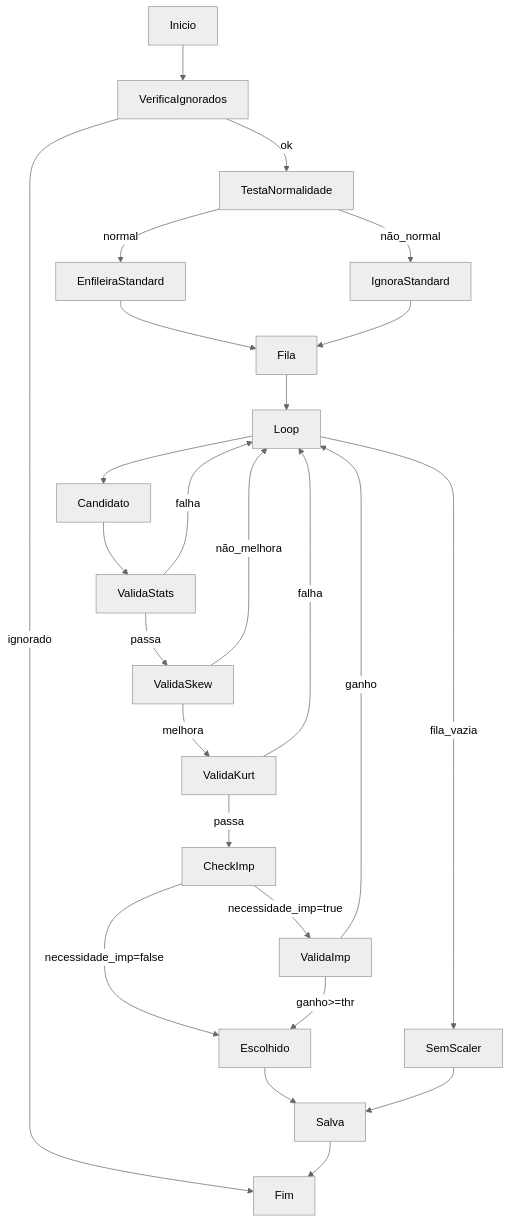
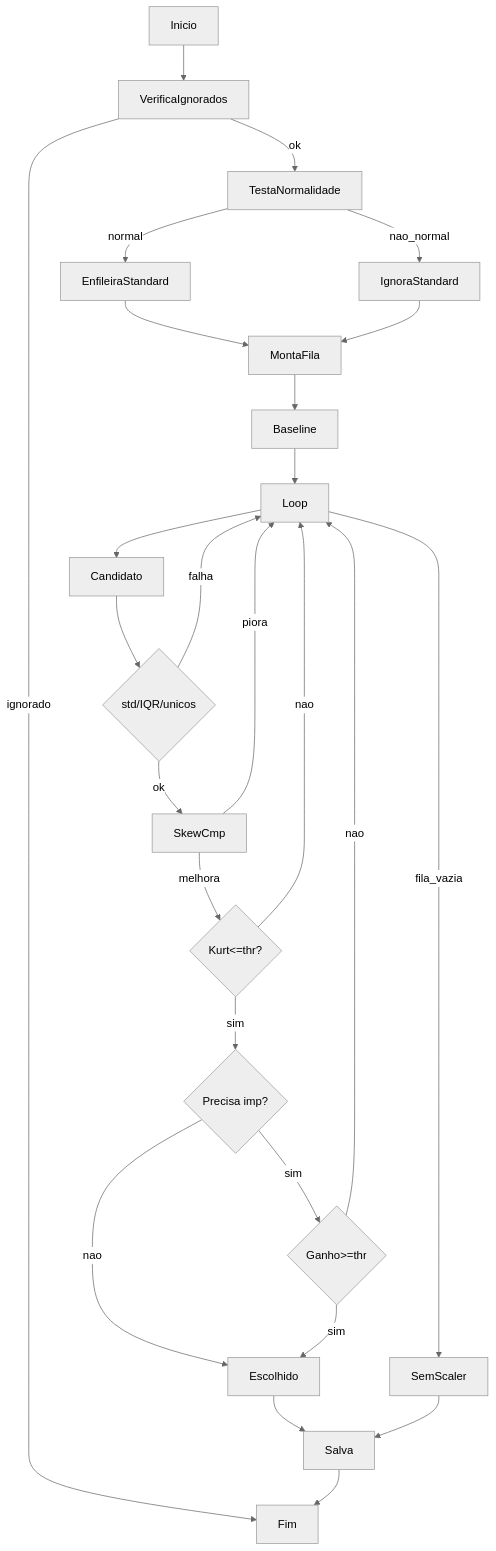
Before and after one commit to joaaomaia/DynamicScaler: the first of 2 diagrams in README.md, drawn with Mermaid (neutral theme). The commit also changed other lines of this file, not shown here.

````diff
--- a/README.md
+++ b/README.md
@@ -73,27 +81,28 @@
 ```mermaid
 flowchart TD
     Inicio --> VerificaIgnorados
     VerificaIgnorados -- ignorado --> Fim
     VerificaIgnorados -- ok --> TestaNormalidade
     TestaNormalidade -- normal --> EnfileiraStandard
-    TestaNormalidade -- não_normal --> IgnoraStandard
-    EnfileiraStandard --> Fila
-    IgnoraStandard --> Fila
-    Fila --> Loop
+    TestaNormalidade -- nao_normal --> IgnoraStandard
+    EnfileiraStandard --> MontaFila
+    IgnoraStandard --> MontaFila
+    MontaFila --> Baseline
+    Baseline --> Loop
     Loop --> Candidato
-    Candidato --> ValidaStats
-    ValidaStats -- falha --> Loop
-    ValidaStats -- passa --> ValidaSkew
-    ValidaSkew -- não_melhora --> Loop
-    ValidaSkew -- melhora --> ValidaKurt
-    ValidaKurt -- falha --> Loop
-    ValidaKurt -- passa --> CheckImp
-    CheckImp -- necessidade_imp=true --> ValidaImp
-    CheckImp -- necessidade_imp=false --> Escolhido
-    ValidaImp -- ganho>=thr --> Escolhido
-    ValidaImp -- ganho<thr --> Loop
+    Candidato --> ChecaStats{std/IQR/unicos}
+    ChecaStats -- falha --> Loop
+    ChecaStats -- ok --> SkewCmp
+    SkewCmp -- piora --> Loop
+    SkewCmp -- melhora --> KurtCmp{Kurt<=thr?}
+    KurtCmp -- nao --> Loop
+    KurtCmp -- sim --> ImpCheck{Precisa imp?}
+    ImpCheck -- nao --> Escolhido
+    ImpCheck -- sim --> ValidaImp{Ganho>=thr}
+    ValidaImp -- nao --> Loop
+    ValidaImp -- sim --> Escolhido
     Loop -- fila_vazia --> SemScaler
     Escolhido --> Salva
     SemScaler --> Salva
     Salva --> Fim
 ```
````
